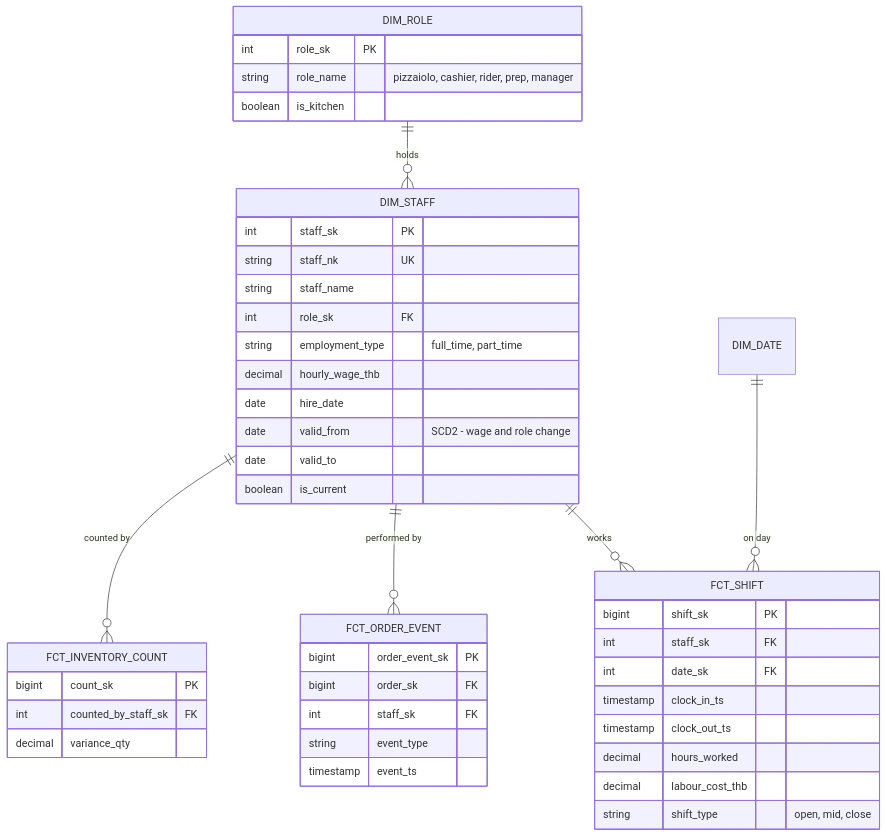
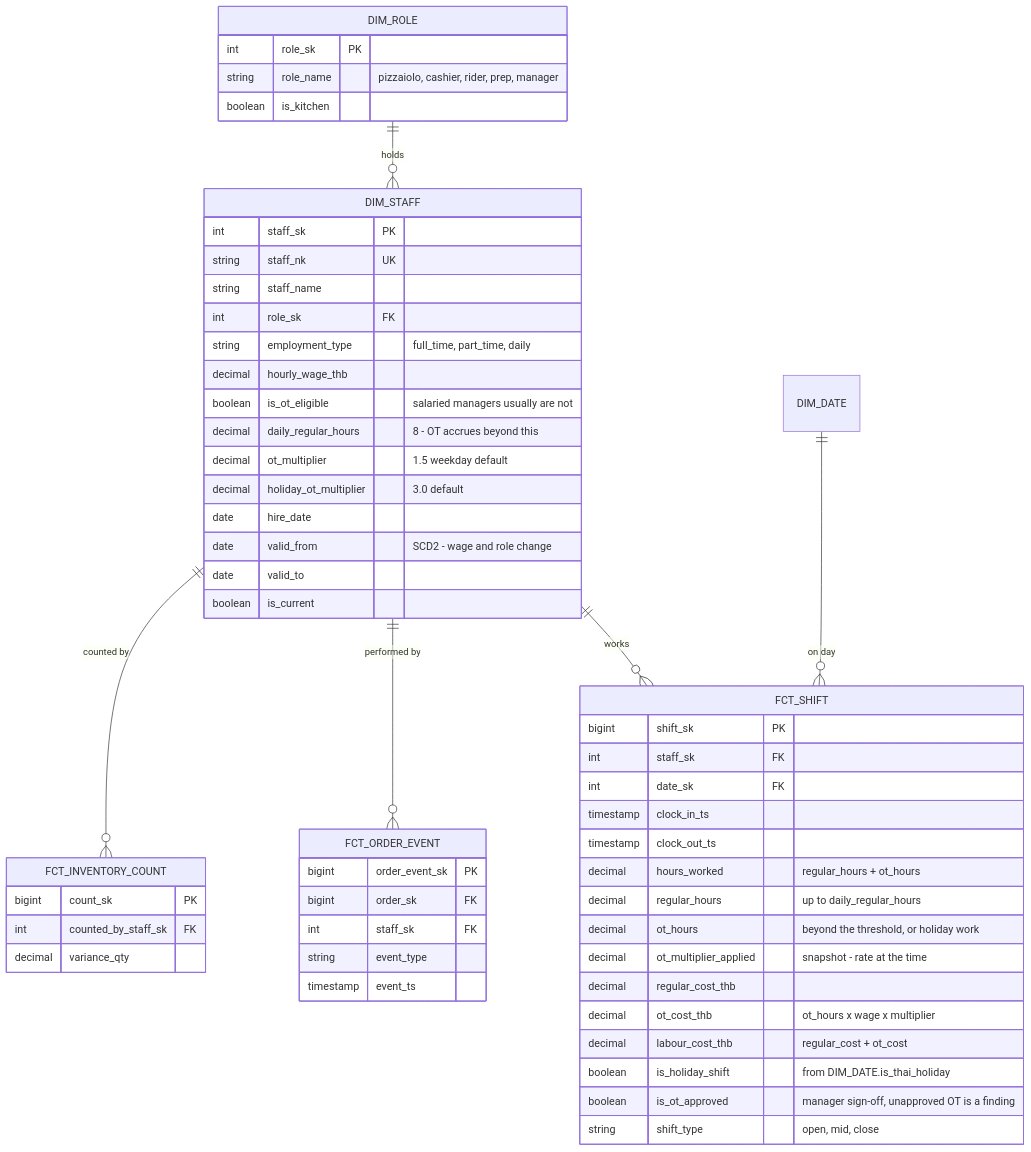
Before and after one commit to QuadrupleBeansStars/MADT-Pizza-shop: the diagram in diagrams/04-er-people-shifts.mmd, drawn with Mermaid. The commit also changed 10 other files, not shown here.

```diff
--- a/diagrams/04-er-people-shifts.mmd
+++ b/diagrams/04-er-people-shifts.mmd
@@ -1,49 +1,60 @@
 %% Fig. 4 - ER model: people and shifts (star schema)
 %% FCT_ORDER_EVENT and FCT_INVENTORY_COUNT are shared facts, shown abridged here.
 %% Full definitions live in 02-er-sales-orders.mmd and 03-er-inventory-supply.mmd
 erDiagram
   DIM_STAFF ||--o{ FCT_SHIFT : works
   DIM_ROLE ||--o{ DIM_STAFF : "holds"
   DIM_DATE ||--o{ FCT_SHIFT : "on day"
   DIM_STAFF ||--o{ FCT_ORDER_EVENT : "performed by"
   DIM_STAFF ||--o{ FCT_INVENTORY_COUNT : "counted by"
 
   DIM_STAFF {
     int staff_sk PK
     string staff_nk UK
     string staff_name
     int role_sk FK
-    string employment_type "full_time, part_time"
+    string employment_type "full_time, part_time, daily"
     decimal hourly_wage_thb
+    boolean is_ot_eligible "salaried managers usually are not"
+    decimal daily_regular_hours "8 - OT accrues beyond this"
+    decimal ot_multiplier "1.5 weekday default"
+    decimal holiday_ot_multiplier "3.0 default"
     date hire_date
     date valid_from "SCD2 - wage and role change"
     date valid_to
     boolean is_current
   }
   DIM_ROLE {
     int role_sk PK
     string role_name "pizzaiolo, cashier, rider, prep, manager"
     boolean is_kitchen
   }
   FCT_SHIFT {
     bigint shift_sk PK
     int staff_sk FK
     int date_sk FK
     timestamp clock_in_ts
     timestamp clock_out_ts
-    decimal hours_worked
-    decimal labour_cost_thb
+    decimal hours_worked "regular_hours + ot_hours"
+    decimal regular_hours "up to daily_regular_hours"
+    decimal ot_hours "beyond the threshold, or holiday work"
+    decimal ot_multiplier_applied "snapshot - rate at the time"
+    decimal regular_cost_thb
+    decimal ot_cost_thb "ot_hours x wage x multiplier"
+    decimal labour_cost_thb "regular_cost + ot_cost"
+    boolean is_holiday_shift "from DIM_DATE.is_thai_holiday"
+    boolean is_ot_approved "manager sign-off, unapproved OT is a finding"
     string shift_type "open, mid, close"
   }
   FCT_ORDER_EVENT {
     bigint order_event_sk PK
     bigint order_sk FK
     int staff_sk FK
     string event_type
     timestamp event_ts
   }
   FCT_INVENTORY_COUNT {
     bigint count_sk PK
     int counted_by_staff_sk FK
     decimal variance_qty
   }
```
